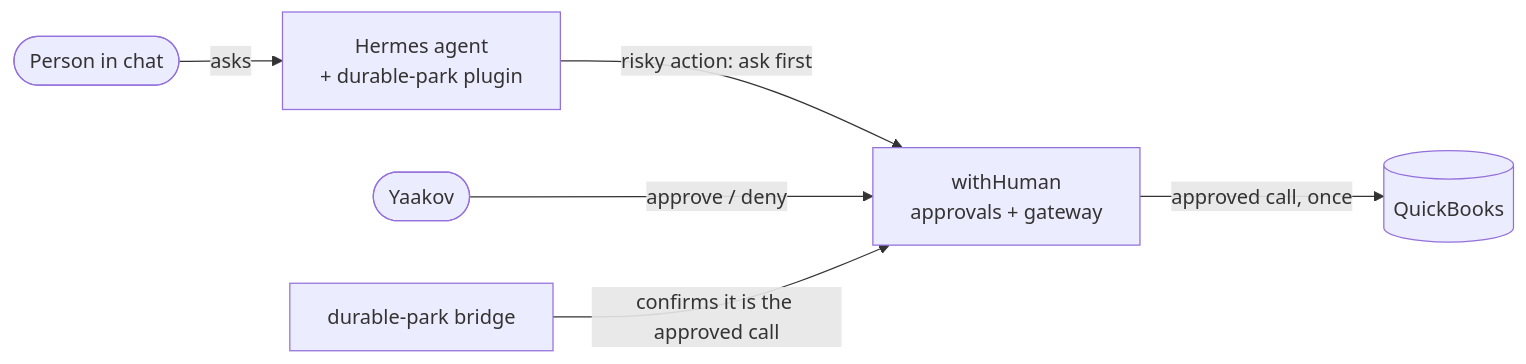
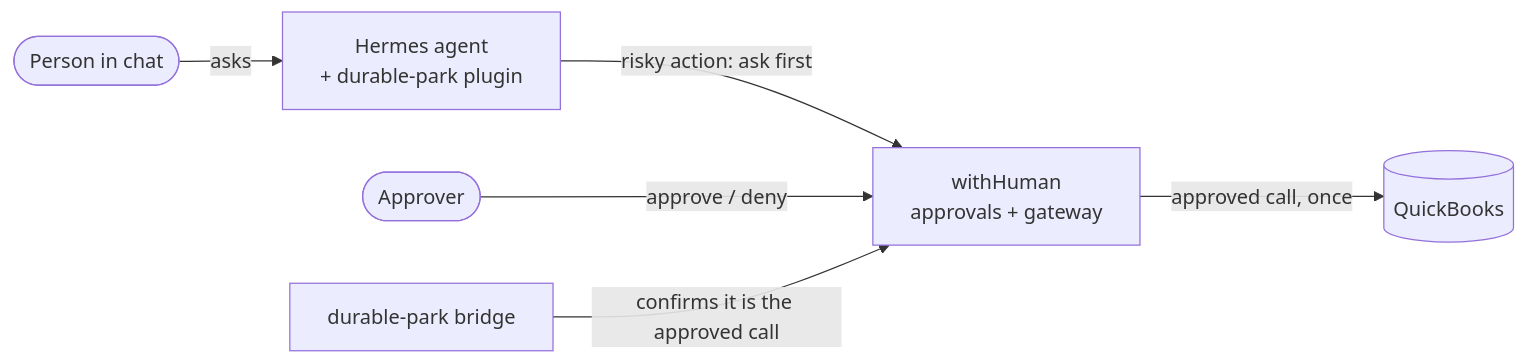
The diagram in README.md (TapDashPayments/TapDash-Agents), drawn with Mermaid before and after one commit. The commit also changed other lines of this file and 9 other files, not shown here.

````diff
--- a/README.md
+++ b/README.md
@@ -32,8 +79,8 @@
 ```mermaid
 flowchart LR
   person(["Person in chat"]) -->|"asks"| hermes["Hermes agent<br/>+ durable-park plugin"]
   hermes -->|"risky action: ask first"| withhuman["withHuman<br/>approvals + gateway"]
-  approver(["Yaakov"]) -->|"approve / deny"| withhuman
+  approver(["Approver"]) -->|"approve / deny"| withhuman
   withhuman -->|"approved call, once"| qbo[("QuickBooks")]
   bridge["durable-park bridge"] -->|"confirms it is the approved call"| withhuman
 ```
````
